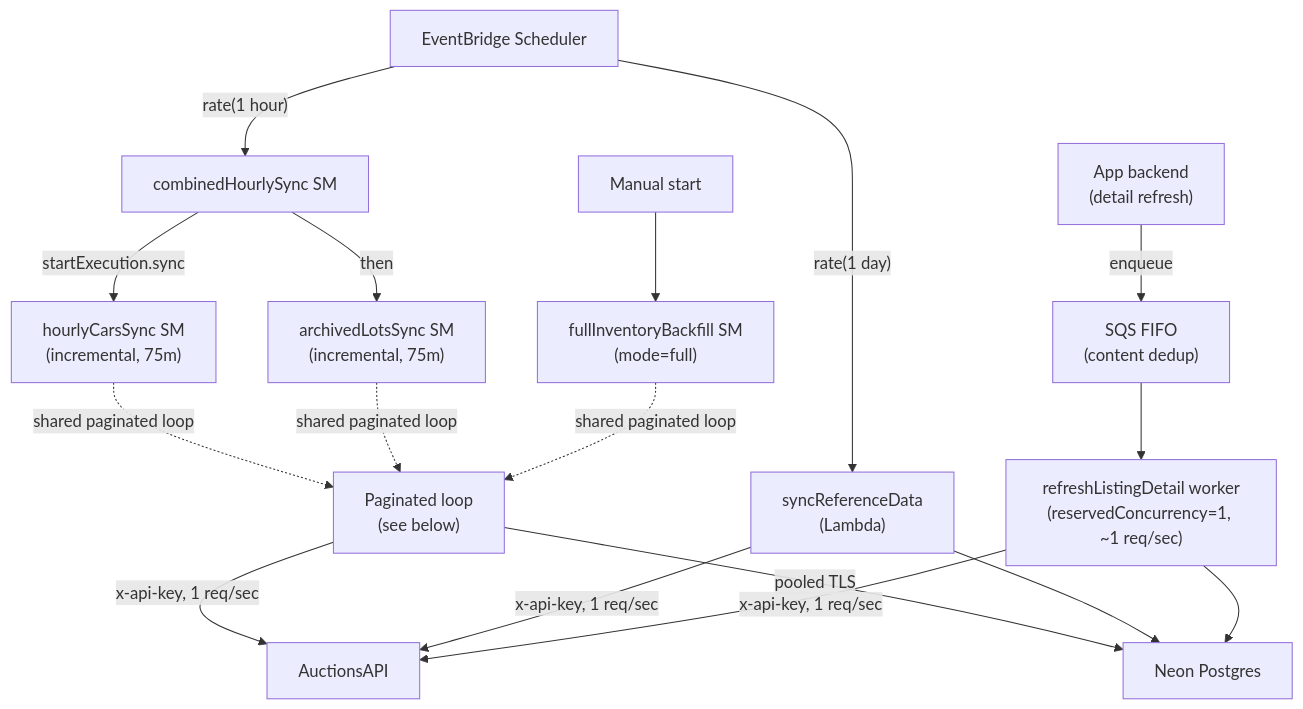
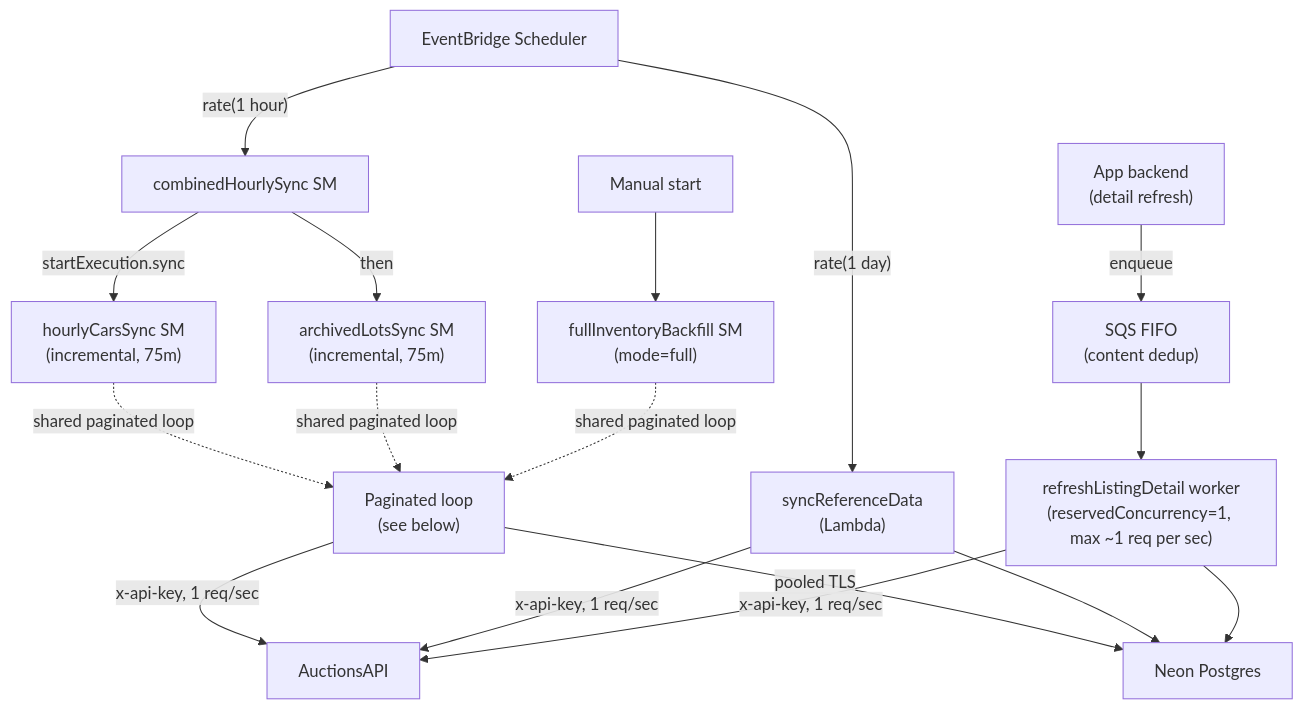
One commit to bojidaryovchev/selectauto changed the first of 2 diagrams in README.md. Above: the diagram before and after it, drawn with Mermaid.

Commit message:
chore: readme updates

````diff
--- a/README.md
+++ b/README.md
@@ -54,30 +54,30 @@
 ```mermaid
 flowchart TD
     EB["EventBridge Scheduler"]
     Backend["App backend<br/>(detail refresh)"]
     Manual["Manual start"]
 
     EB -- "rate(1 hour)" --> Combined["combinedHourlySync SM"]
     EB -- "rate(1 day)" --> RefLambda["syncReferenceData<br/>(Lambda)"]
     Manual --> Backfill["fullInventoryBackfill SM<br/>(mode=full)"]
 
     Combined -- "startExecution.sync" --> Cars["hourlyCarsSync SM<br/>(incremental, 75m)"]
     Combined -- "then" --> Archived["archivedLotsSync SM<br/>(incremental, 75m)"]
 
     Cars -.->|shared paginated loop| Loop
     Archived -.->|shared paginated loop| Loop
     Backfill -.->|shared paginated loop| Loop["Paginated loop<br/>(see below)"]
 
     Backend -- "enqueue" --> Q["SQS FIFO<br/>(content dedup)"]
-    Q --> Worker["refreshListingDetail worker<br/>(reservedConcurrency=1, ~1 req/sec)"]
+    Q --> Worker["refreshListingDetail worker<br/>(reservedConcurrency=1, max ~1 req per sec)"]
 
     Loop -- "x-api-key, 1 req/sec" --> API["AuctionsAPI"]
     RefLambda -- "x-api-key, 1 req/sec" --> API
     Worker -- "x-api-key, 1 req/sec" --> API
 
     Loop -- "pooled TLS" --> Neon["Neon Postgres"]
     RefLambda --> Neon
     Worker --> Neon
 
     %% No VPC: Lambdas reach AuctionsAPI and Neon over public egress.
 ```
````
